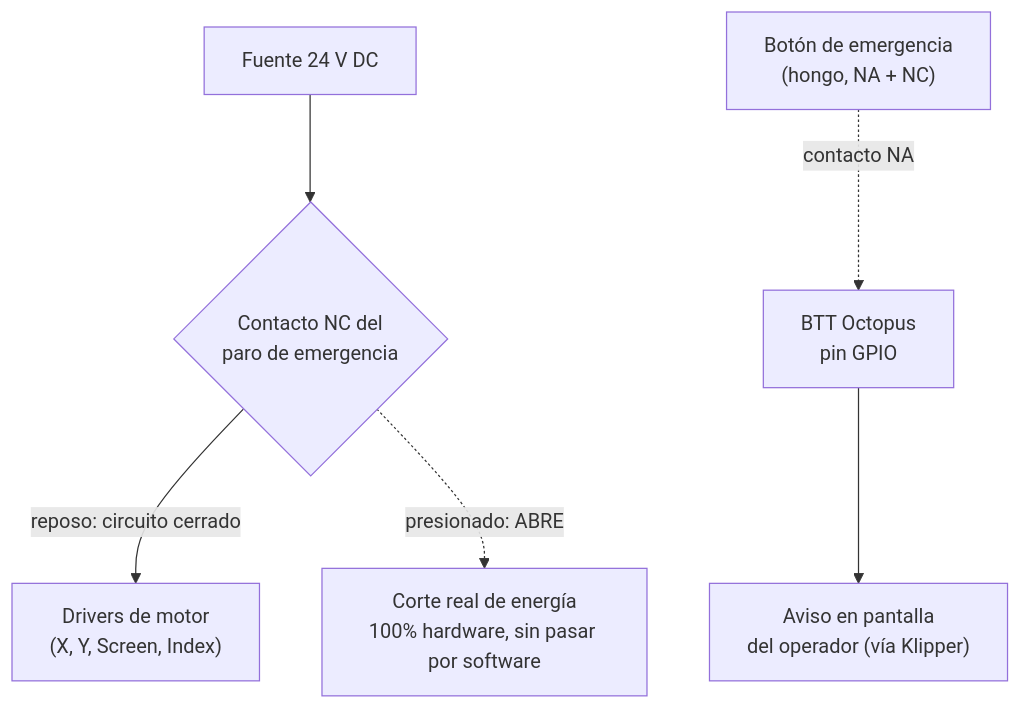
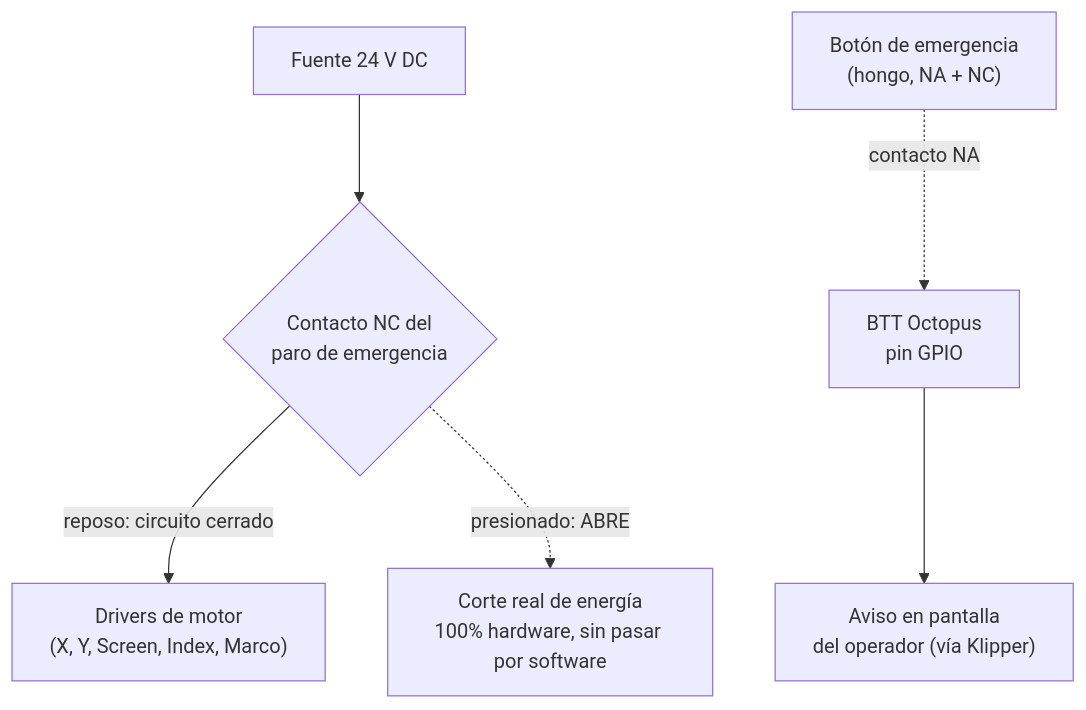
Before and after one commit to erwin620/LP1-corexy-codigo: the second of 2 diagrams in README.md, drawn with Mermaid. The commit also changed other lines of this file, not shown here.

Commit message:
README: agregar marco, ciclo actual, interfaz del operador y estructura; actualizar estado del paro de emergencia

````diff
--- a/README.md
+++ b/README.md
@@ -57,9 +60,9 @@
 ```mermaid
 flowchart TD
     PSU["Fuente 24 V DC"] --> NC{"Contacto NC del<br/>paro de emergencia"}
-    NC -->|reposo: circuito cerrado| Drivers["Drivers de motor<br/>(X, Y, Screen, Index)"]
+    NC -->|reposo: circuito cerrado| Drivers["Drivers de motor<br/>(X, Y, Screen, Index, Marco)"]
     NC -.presionado: ABRE.-> Corte["Corte real de energía<br/>100% hardware, sin pasar por software"]
 
     Boton["Botón de emergencia<br/>(hongo, NA + NC)"] -. contacto NA .-> GPIO["BTT Octopus<br/>pin GPIO"]
     GPIO --> Aviso["Aviso en pantalla<br/>del operador (vía Klipper)"]
 ```
````
